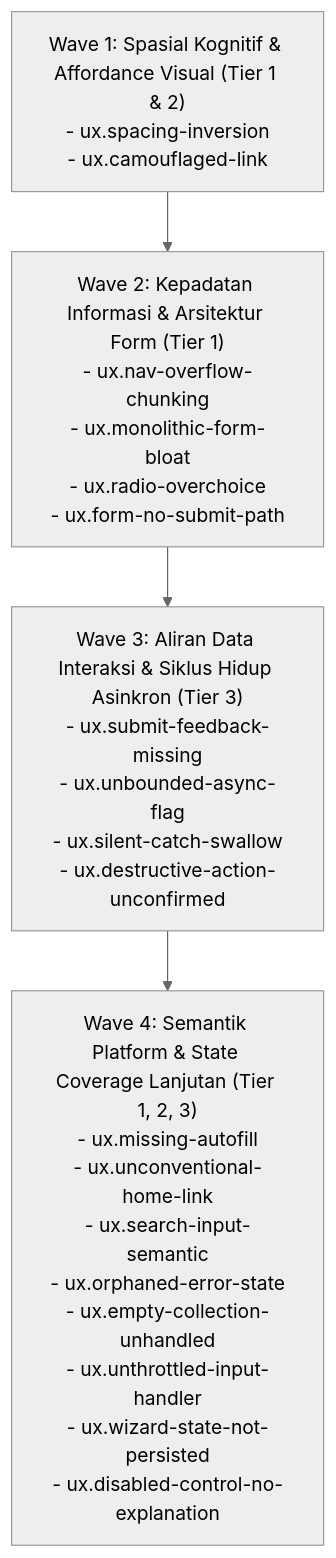
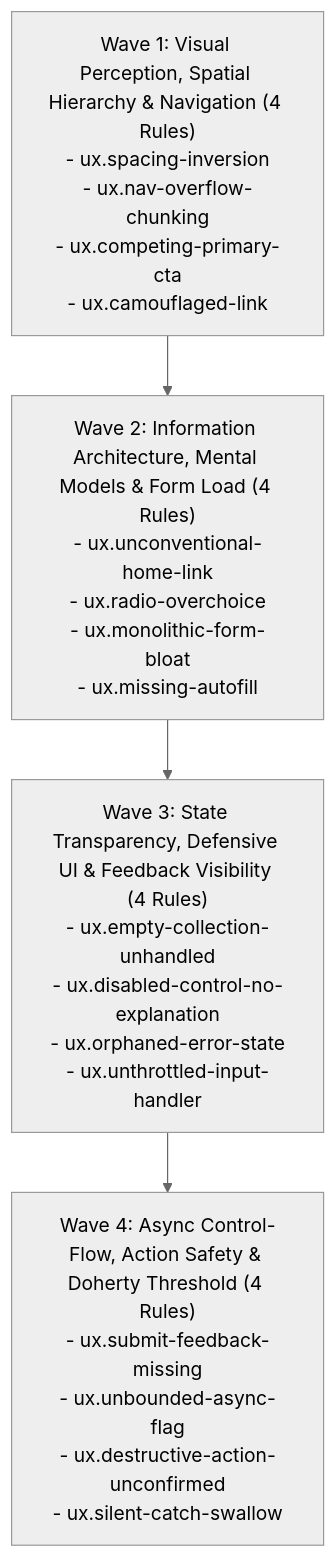
The second of 2 diagrams in docs/01-spec/expansion/ux.md (will2469/charites), drawn with Mermaid (neutral theme) before and after one commit. The commit also changed other lines of this file and 43 other files, not shown here.

Commit message:
feat(ux): implement Wave 1 rules for visual perception, spatial hierarchy & navigation with 1-SSOT golden corpus

````diff
--- a/docs/01-spec/expansion/ux.md
+++ b/docs/01-spec/expansion/ux.md
@@ -752,9 +637,9 @@
 ```mermaid
 flowchart TD
-    W1["Wave 1: Spasial Kognitif & Affordance Visual (Tier 1 & 2)\n- ux.spacing-inversion\n- ux.camouflaged-link"]
-    W2["Wave 2: Kepadatan Informasi & Arsitektur Form (Tier 1)\n- ux.nav-overflow-chunking\n- ux.monolithic-form-bloat\n- ux.radio-overchoice\n- ux.form-no-submit-path"]
-    W3["Wave 3: Aliran Data Interaksi & Siklus Hidup Asinkron (Tier 3)\n- ux.submit-feedback-missing\n- ux.unbounded-async-flag\n- ux.silent-catch-swallow\n- ux.destructive-action-unconfirmed"]
-    W4["Wave 4: Semantik Platform & State Coverage Lanjutan (Tier 1, 2, 3)\n- ux.missing-autofill\n- ux.unconventional-home-link\n- ux.search-input-semantic\n- ux.orphaned-error-state\n- ux.empty-collection-unhandled\n- ux.unthrottled-input-handler\n- ux.wizard-state-not-persisted\n- ux.disabled-control-no-explanation"]
+    W1["Wave 1: Visual Perception, Spatial Hierarchy & Navigation (4 Rules)\n- ux.spacing-inversion\n- ux.nav-overflow-chunking\n- ux.competing-primary-cta\n- ux.camouflaged-link"]
+    W2["Wave 2: Information Architecture, Mental Models & Form Load (4 Rules)\n- ux.unconventional-home-link\n- ux.radio-overchoice\n- ux.monolithic-form-bloat\n- ux.missing-autofill"]
+    W3["Wave 3: State Transparency, Defensive UI & Feedback Visibility (4 Rules)\n- ux.empty-collection-unhandled\n- ux.disabled-control-no-explanation\n- ux.orphaned-error-state\n- ux.unthrottled-input-handler"]
+    W4["Wave 4: Async Control-Flow, Action Safety & Doherty Threshold (4 Rules)\n- ux.submit-feedback-missing\n- ux.unbounded-async-flag\n- ux.destructive-action-unconfirmed\n- ux.silent-catch-swallow"]
 
     W1 --> W2 --> W3 --> W4
 ```
````
